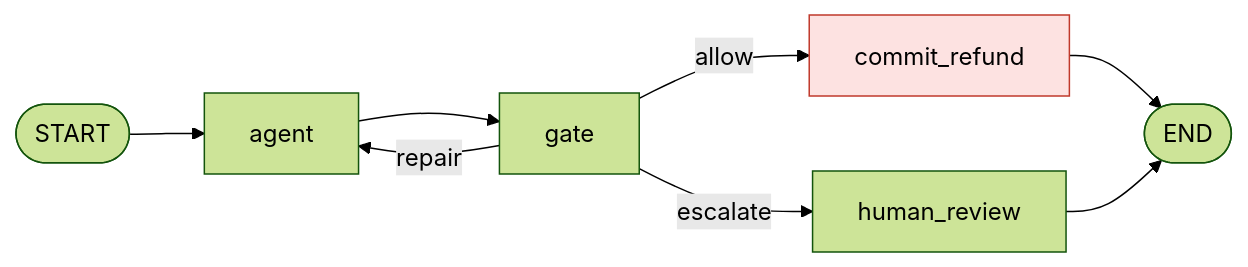
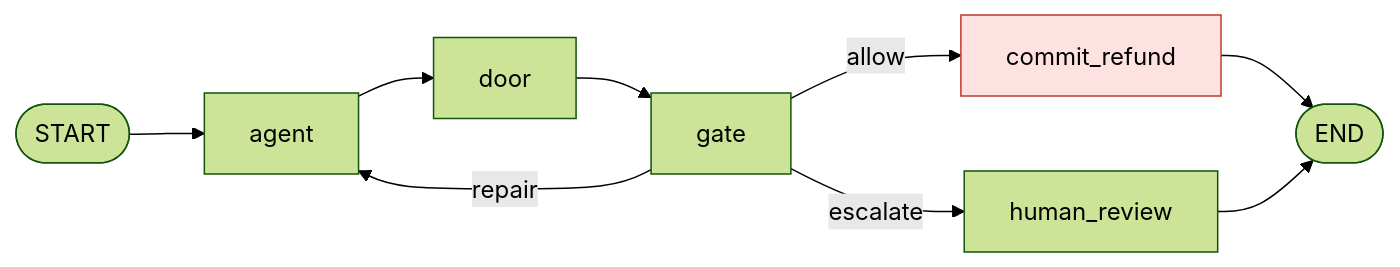
One commit to Gebra-Tech/ontology-gate-langgraph changed the first of 2 diagrams in README.md. Above: the diagram before and after it, drawn with Mermaid (forest theme). The commit also changed other lines of this file and 11 other files, not shown here.

Commit message:
Add Pydantic at the door and an offline model that repairs from the gate's messages

````diff
--- a/README.md
+++ b/README.md
@@ -47,12 +49,13 @@
 ```mermaid
 flowchart LR
     start_node([START]) --> agent
-    agent --> gate
+    agent --> door
+    door --> gate
     gate -- allow --> commit_refund
     gate -- repair --> agent
     gate -- escalate --> human_review
     commit_refund --> end_node([END])
     human_review --> end_node
     classDef write fill:#fde2e1,stroke:#c0392b,color:#000
     class commit_refund write
 ```
````
